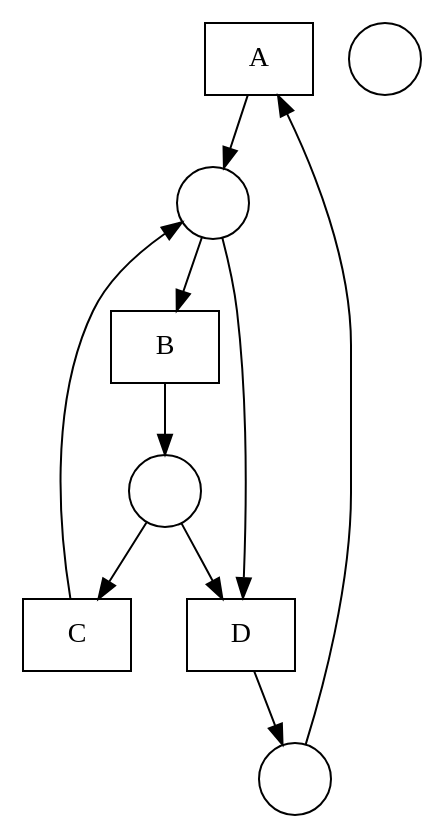
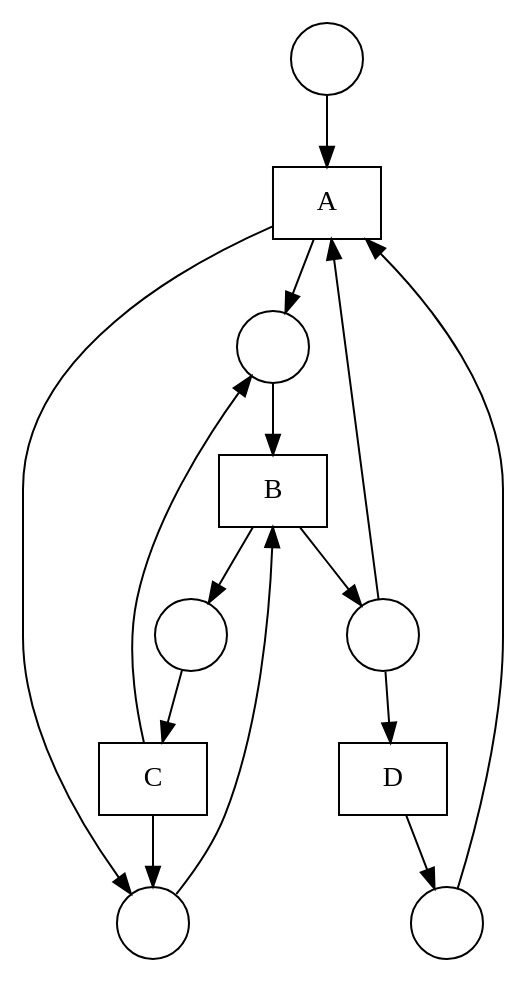
The diagram in nets/Fittest net.gv (DWitek97/GeneticMiner), drawn with Graphviz before and after one commit. The commit also changed 6 other files, not shown here.

```diff
--- a/nets/Fittest net.gv
+++ b/nets/Fittest net.gv
@@ -1,21 +1,28 @@
 digraph "Fittest net" {
 	node [shape=box]
 	A [label=A]
 	B [label=B]
 	C [label=C]
 	D [label=D]
 	node [shape=circle]
 	1 [label=" "]
 	2 [label=" "]
 	3 [label=" "]
 	4 [label=" "]
+	5 [label=" "]
+	6 [label=" "]
+	4 -> A
+	1 -> A
 	2 -> A
-	A -> 4
-	4 -> B
-	B -> 1
-	1 -> C
-	C -> 4
+	A -> 5
+	A -> 6
+	6 -> B
+	5 -> B
+	B -> 3
+	B -> 4
+	3 -> C
+	C -> 6
+	C -> 5
 	4 -> D
-	1 -> D
 	D -> 2
 }
```
